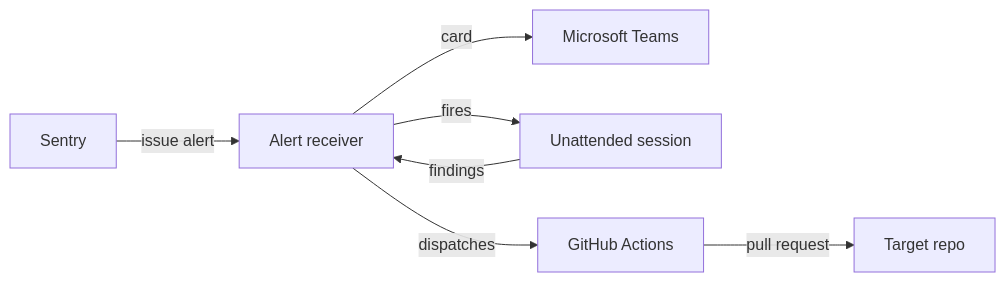
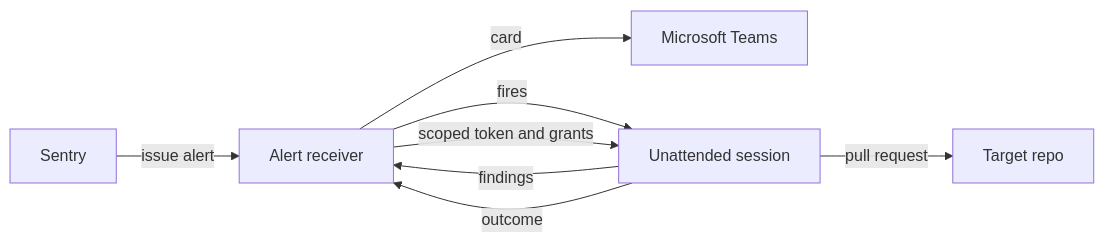
The diagram in website/src/content/docs/how-it-works.mdx (sentasity/sentinel), drawn with Mermaid before and after one commit. The commit also changed other lines of this file and 34 other files, not shown here.

````diff
--- a/website/src/content/docs/how-it-works.mdx
+++ b/website/src/content/docs/how-it-works.mdx
@@ -8,9 +8,10 @@
 ```mermaid
 flowchart LR
     Sentry -->|issue alert| Receiver[Alert receiver]
     Receiver -->|card| Teams[Microsoft Teams]
     Receiver -->|fires| Routine[Unattended session]
     Routine -->|findings| Receiver
-    Receiver -->|dispatches| Autofix[GitHub Actions]
-    Autofix -->|pull request| Repo[Target repo]
+    Receiver -->|scoped token and grants| Routine
+    Routine -->|pull request| Repo[Target repo]
+    Routine -->|outcome| Receiver
 ```
````
